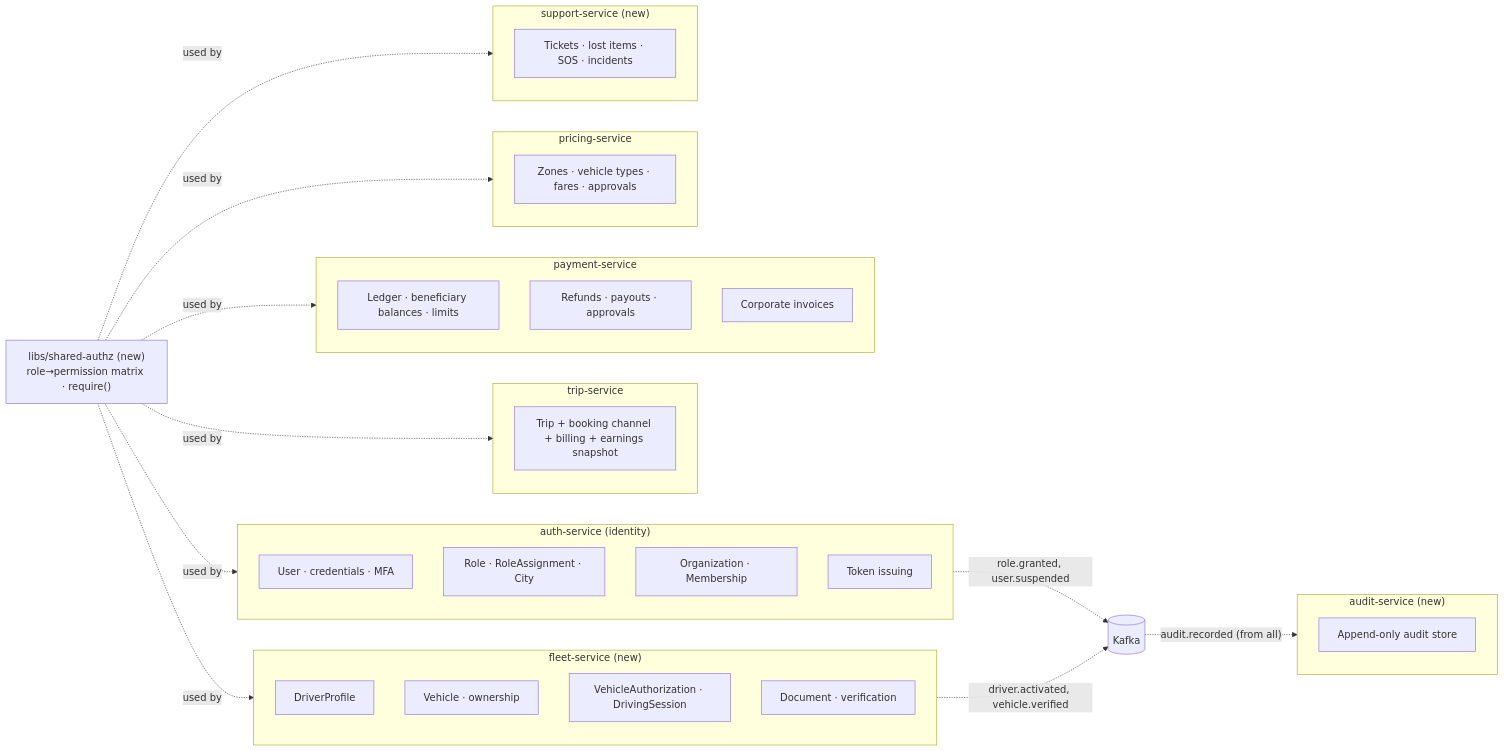
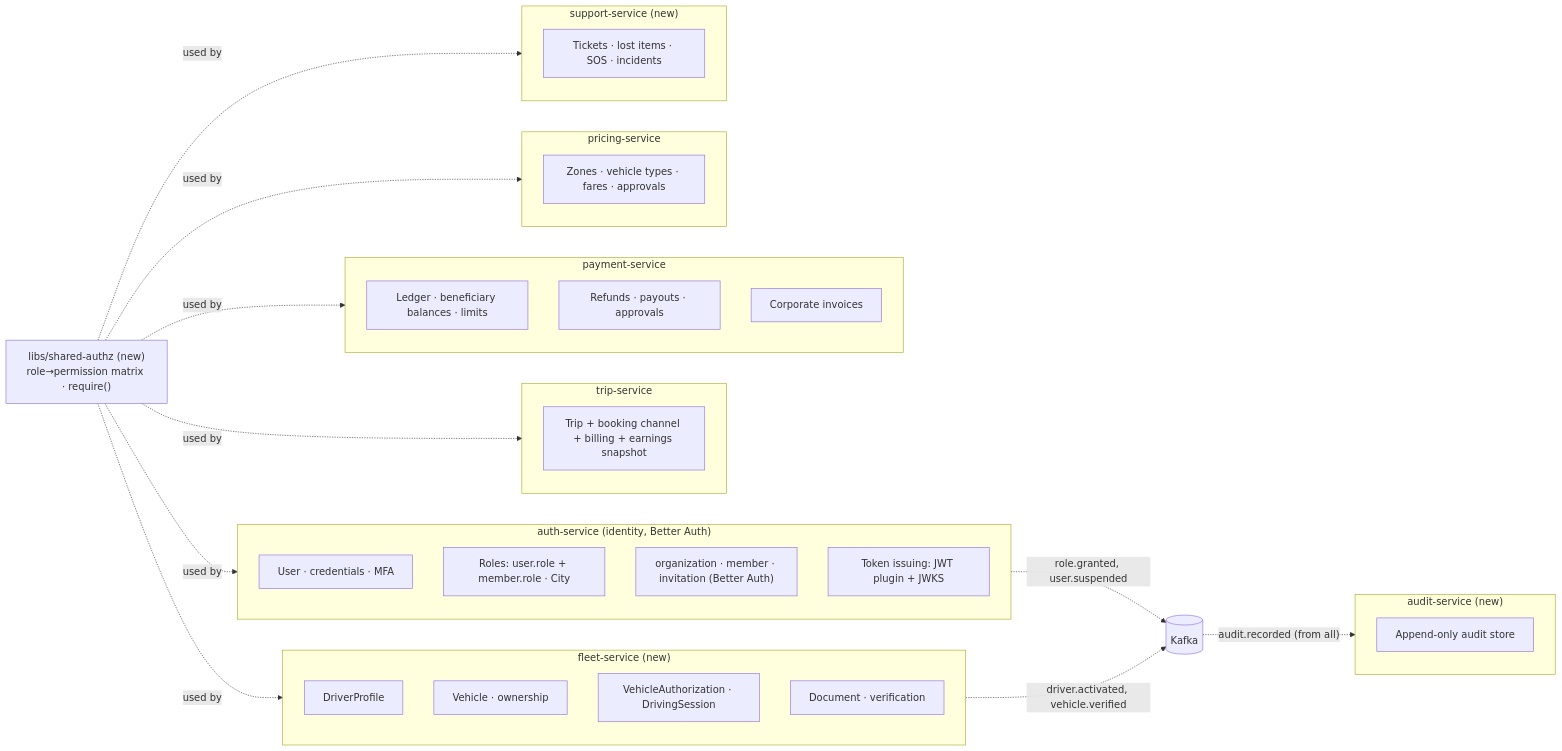
One commit to beab1212/Anbessa changed diagram 17 of 17 in docs/design/Role.md. Above: the diagram before and after it, drawn with Mermaid. The commit also changed other lines of this file and 9 other files, not shown here.

Commit message:
Refactor authentication documentation to outline the transition to Better Auth, detailing planned features such as phone OTP, staff 2FA, and JWT signing with JWKS. Update related design documents and clarify the current state of auth-service and its integration with other services.

````diff
--- a/docs/design/Role.md
+++ b/docs/design/Role.md
@@ -863,37 +873,37 @@
 ```mermaid
 flowchart LR
-  subgraph Identity["auth-service (identity)"]
+  subgraph Identity["auth-service (identity, Better Auth)"]
     I1[User · credentials · MFA]
-    I2[Role · RoleAssignment · City]
-    I3[Organization · Membership]
-    I4[Token issuing]
+    I2["Roles: user.role + member.role · City"]
+    I3["organization · member · invitation (Better Auth)"]
+    I4[Token issuing: JWT plugin + JWKS]
   end
   subgraph FleetS["fleet-service (new)"]
     F1[DriverProfile]
     F2[Vehicle · ownership]
     F3[VehicleAuthorization · DrivingSession]
     F4[Document · verification]
   end
   subgraph TripS["trip-service"]
     T1[Trip + booking channel + billing + earnings snapshot]
   end
   subgraph PayS["payment-service"]
     P1[Ledger · beneficiary balances · limits]
     P2[Refunds · payouts · approvals]
     P3[Corporate invoices]
   end
   subgraph PriceS["pricing-service"]
     PR1[Zones · vehicle types · fares · approvals]
   end
   subgraph SupS["support-service (new)"]
     SU1[Tickets · lost items · SOS · incidents]
   end
   subgraph AudS["audit-service (new)"]
     A1[Append-only audit store]
   end
   Lib["libs/shared-authz (new)<br/>role→permission matrix · require()"]
   Lib -.used by.-> Identity & FleetS & TripS & PayS & PriceS & SupS
   Identity -. "role.granted, user.suspended" .-> K[(Kafka)]
   FleetS -. "driver.activated, vehicle.verified" .-> K
   K -.->|"audit.recorded (from all)"| AudS
 ```
````
